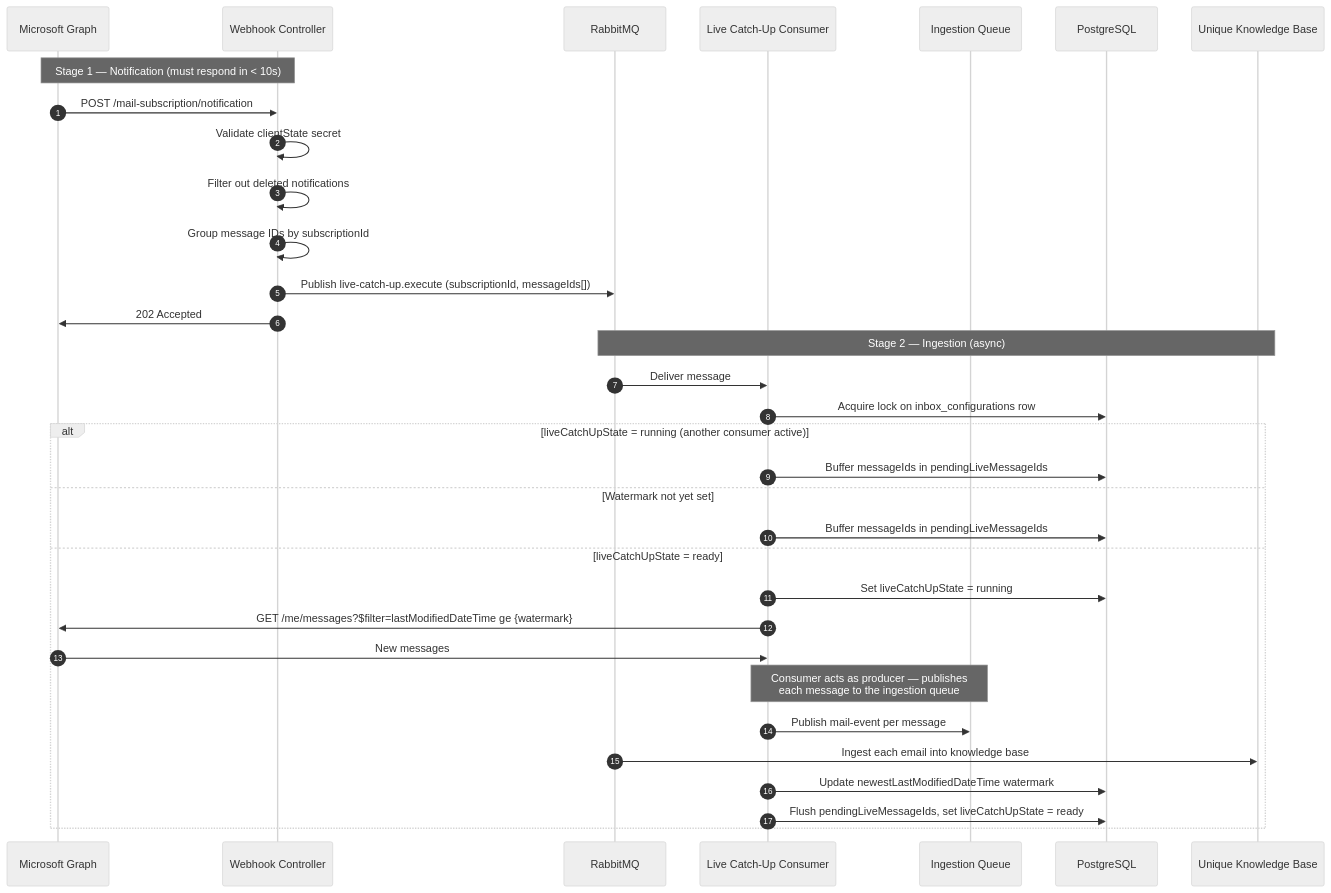
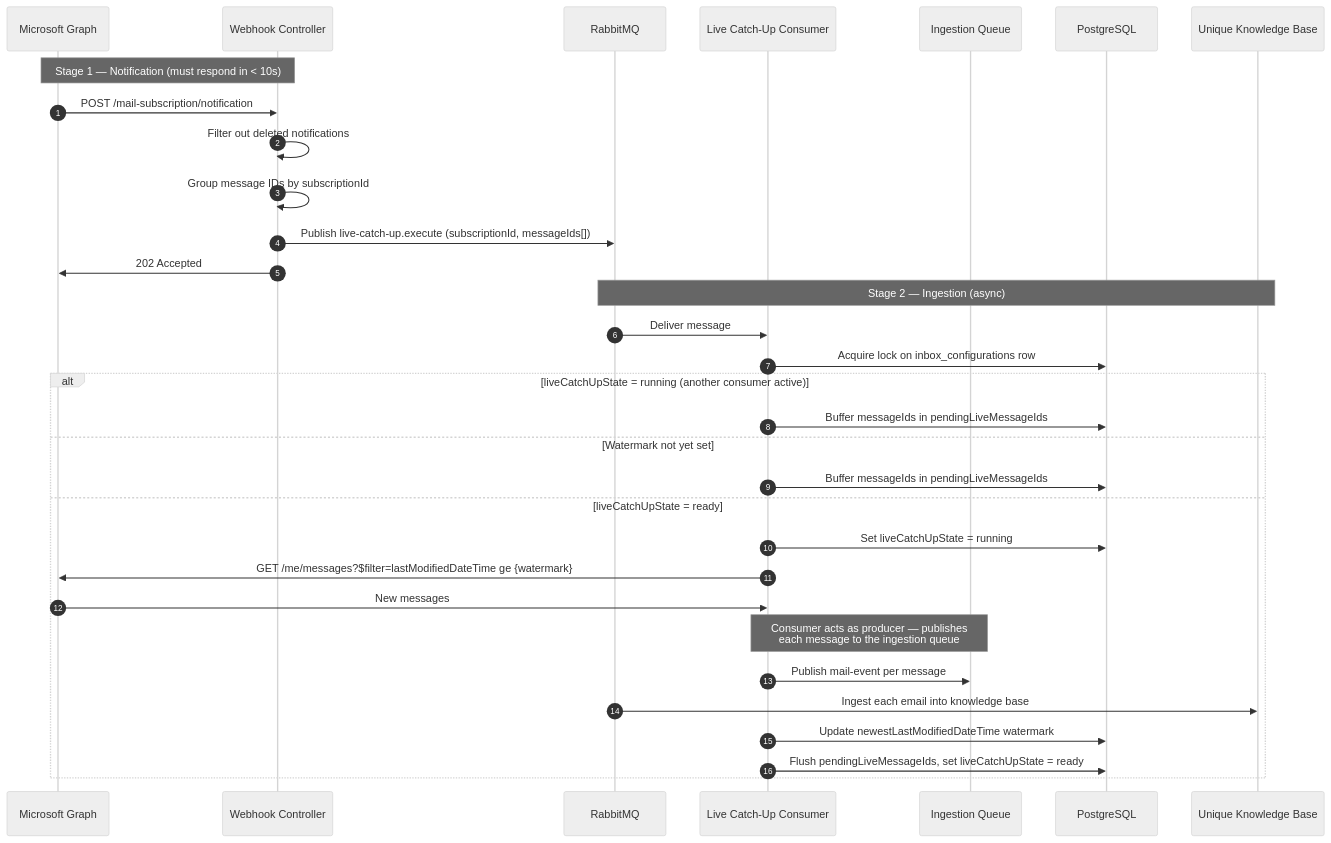
Before and after one commit to Unique-AG/connectors: the diagram in services/outlook-semantic-mcp/docs/technical/live-catchup.md, drawn with Mermaid. The commit also changed other lines of this file and 10 other files, not shown here.

````diff
--- a/services/outlook-semantic-mcp/docs/technical/live-catchup.md
+++ b/services/outlook-semantic-mcp/docs/technical/live-catchup.md
@@ -12,38 +12,37 @@
 ```mermaid
 %%{init: {'theme': 'neutral', 'themeVariables': { 'fontSize': '14px' }}}%%
 sequenceDiagram
     autonumber
     participant MSGraph as Microsoft Graph
     participant Controller as Webhook Controller
     participant AMQP as RabbitMQ
     participant Consumer as Live Catch-Up Consumer
     participant Ingestion as Ingestion Queue
     participant DB as PostgreSQL
     participant UniqueKB as Unique Knowledge Base
 
     Note over MSGraph,Controller: Stage 1 — Notification (must respond in < 10s)
     MSGraph->>Controller: POST /mail-subscription/notification
-    Controller->>Controller: Validate clientState secret
     Controller->>Controller: Filter out deleted notifications
     Controller->>Controller: Group message IDs by subscriptionId
     Controller->>AMQP: Publish live-catch-up.execute (subscriptionId, messageIds[])
     Controller->>MSGraph: 202 Accepted
 
     Note over AMQP,UniqueKB: Stage 2 — Ingestion (async)
     AMQP->>Consumer: Deliver message
     Consumer->>DB: Acquire lock on inbox_configurations row
     alt liveCatchUpState = running (another consumer active)
         Consumer->>DB: Buffer messageIds in pendingLiveMessageIds
     else Watermark not yet set
         Consumer->>DB: Buffer messageIds in pendingLiveMessageIds
     else liveCatchUpState = ready
         Consumer->>DB: Set liveCatchUpState = running
         Consumer->>MSGraph: GET /me/messages?$filter=lastModifiedDateTime ge {watermark}
         MSGraph->>Consumer: New messages
         Note over Consumer,Ingestion: Consumer acts as producer — publishes<br/>each message to the ingestion queue
         Consumer->>Ingestion: Publish mail-event per message
         AMQP->>UniqueKB: Ingest each email into knowledge base
         Consumer->>DB: Update newestLastModifiedDateTime watermark
         Consumer->>DB: Flush pendingLiveMessageIds, set liveCatchUpState = ready
     end
 ```
````
